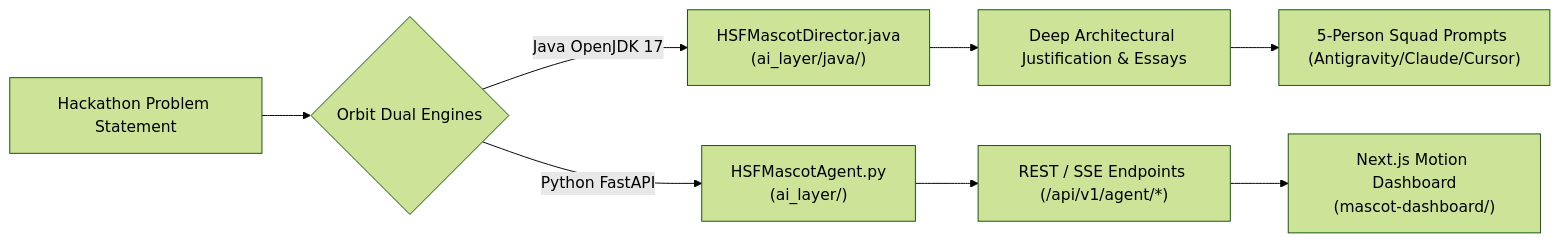
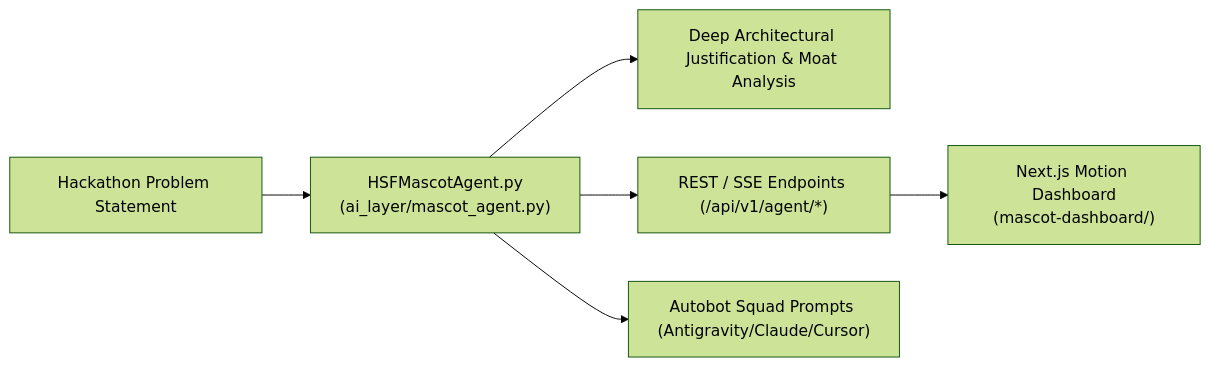
One commit to Sathvik1533/hackathon-strategy-framework changed diagram 13 of 16 in README.md. Above: the diagram before and after it, drawn with Mermaid (forest theme). The commit also changed other lines of this file and 6 other files, not shown here.

Commit message:
refactor(stack): purge Java completely; enforce 100% Python-native stack (FastAPI + LangGraph + pgvector + Next.js)

````diff
--- a/README.md
+++ b/README.md
@@ -1126,12 +1126,8 @@
 ```mermaid
 flowchart LR
-    Problem["Hackathon Problem Statement"] --> Engines{"Orbit Dual Engines"}
-    Engines -->|Java OpenJDK 17| JavaEngine["HSFMascotDirector.java<br/>(ai_layer/java/)"]
-    Engines -->|Python FastAPI| PyEngine["HSFMascotAgent.py<br/>(ai_layer/)"]
-
-    JavaEngine --> Rationale["Deep Architectural Justification & Essays"]
+    Problem["Hackathon Problem Statement"] --> PyEngine["HSFMascotAgent.py<br/>(ai_layer/mascot_agent.py)"]
+    PyEngine --> Rationale["Deep Architectural Justification & Moat Analysis"]
     PyEngine --> FastAPIRoutes["REST / SSE Endpoints (/api/v1/agent/*)"]
-
+    PyEngine --> SquadPrompts["Autobot Squad Prompts (Antigravity/Claude/Cursor)"]
     FastAPIRoutes --> Dashboard["Next.js Motion Dashboard<br/>(mascot-dashboard/)"]
-    Rationale --> SquadPrompts["5-Person Squad Prompts (Antigravity/Claude/Cursor)"]
 ```
````
